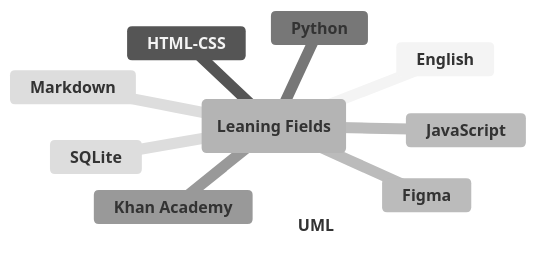
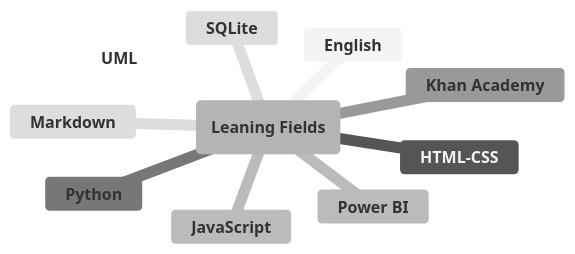
Before and after one commit to MarvinSilcGit/Learning: the diagram in README.md, drawn with Mermaid (neutral theme). The commit also changed other lines of this file, not shown here.

````diff
--- a/README.md
+++ b/README.md
@@ -3,13 +3,13 @@
 ```mermaid
 mindmap
   root(**Leaning Fields**)
     **English**
     **HTML-CSS**
     **JavaScript**
     **Python**
     **Khan Academy**
     **SQLite**
     **UML**
     **Markdown**
-    **Figma**
+    **Power BI**
 ```
````
